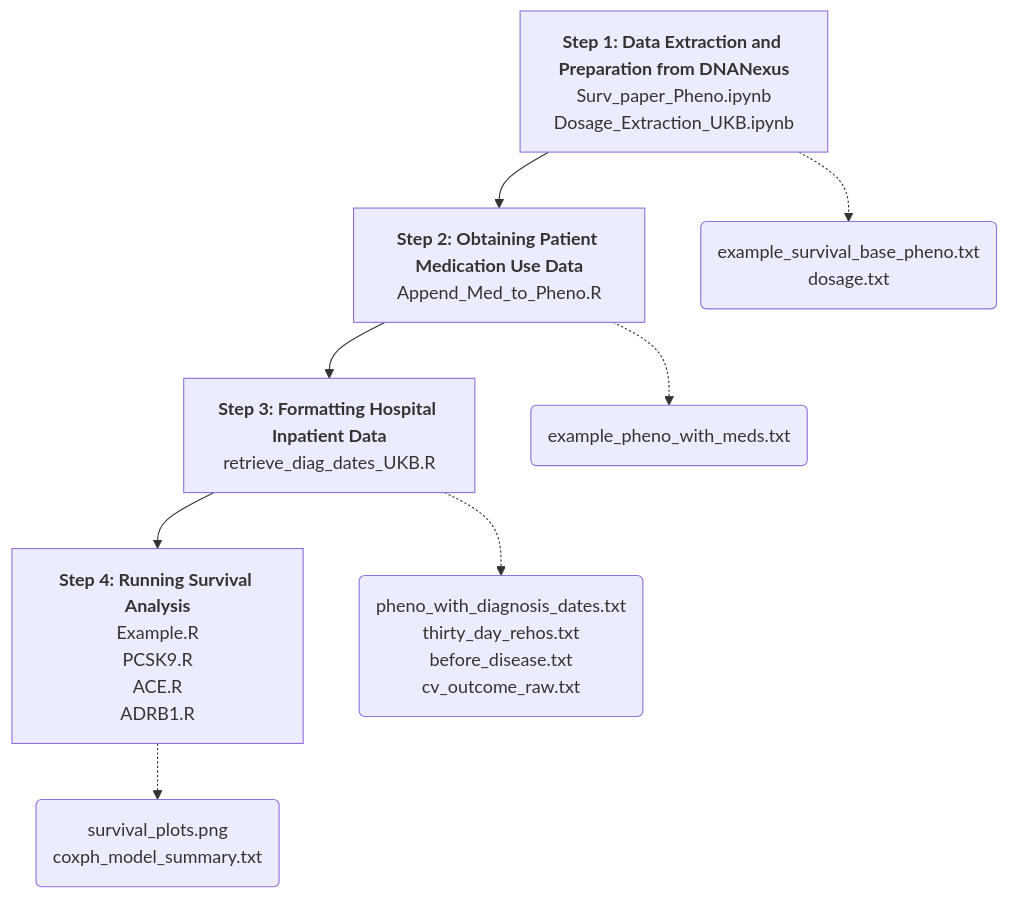
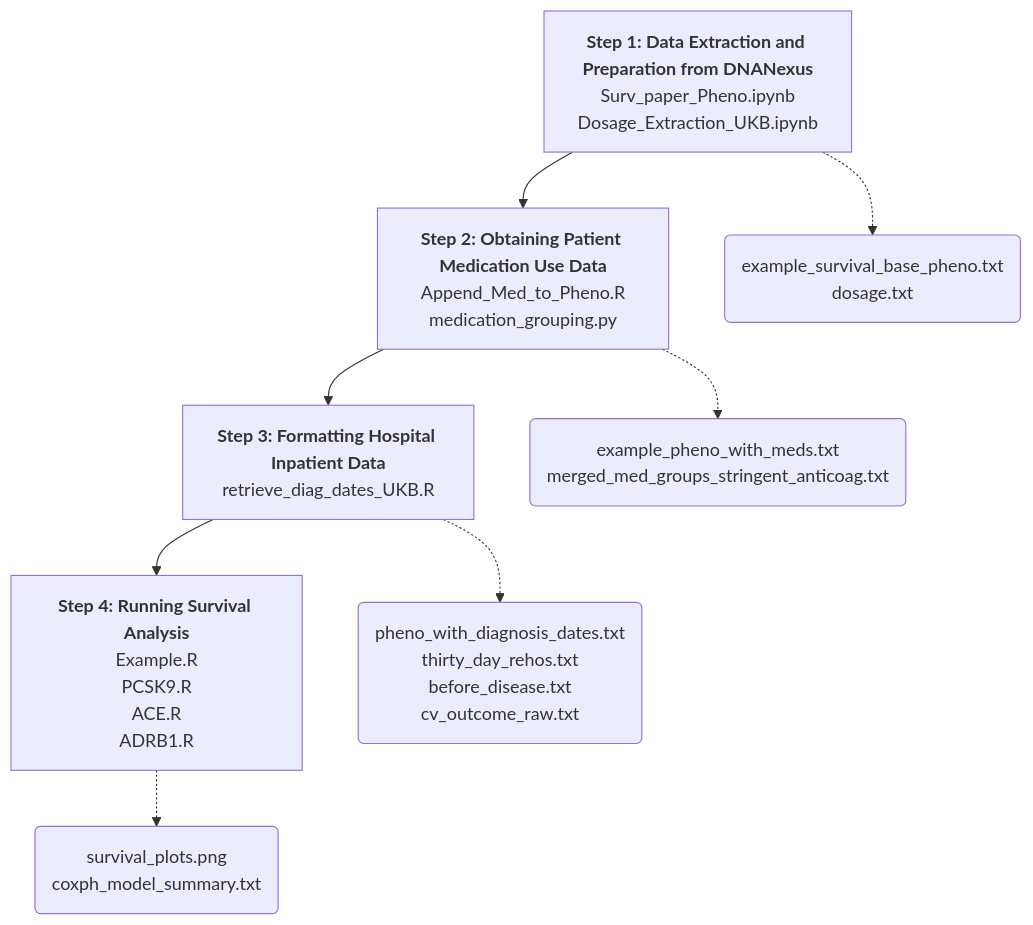
One commit to tenayatherapeutics/Genetic-Survival-Analysis-in-UKB changed the diagram in README.md. Above: the diagram before and after it, drawn with Mermaid.

````diff
--- a/README.md
+++ b/README.md
@@ -58,19 +58,19 @@
 ```mermaid
 
 flowchart TD;
     A["<b>Step 1: Data Extraction and Preparation from DNANexus</b><br/>Surv_paper_Pheno.ipynb<br/>Dosage_Extraction_UKB.ipynb"];
-    B["<b>Step 2: Obtaining Patient Medication Use Data</b><br/>Append_Med_to_Pheno.R"];
+    B["<b>Step 2: Obtaining Patient Medication Use Data</b><br/>Append_Med_to_Pheno.R<br/>medication_grouping.py"];
     C["<b>Step 3: Formatting Hospital Inpatient Data</b><br/>retrieve_diag_dates_UKB.R"];
     D["<b>Step 4: Running Survival Analysis</b><br/>Example.R<br/>PCSK9.R<br/>ACE.R<br/>ADRB1.R"];
 
     A --> B;
     B --> C;
     C --> D;
 
     A -.->	 E("example_survival_base_pheno.txt<br/>dosage.txt");
-    B -.->	 F("example_pheno_with_meds.txt");
+    B -.->	 F("example_pheno_with_meds.txt<br/>merged_med_groups_stringent_anticoag.txt");
     C -.->	 G("pheno_with_diagnosis_dates.txt<br/>thirty_day_rehos.txt<br/>before_disease.txt<br/>cv_outcome_raw.txt");
     D -.->	 H("survival_plots.png<br/>coxph_model_summary.txt");
 
 
 ```
````
